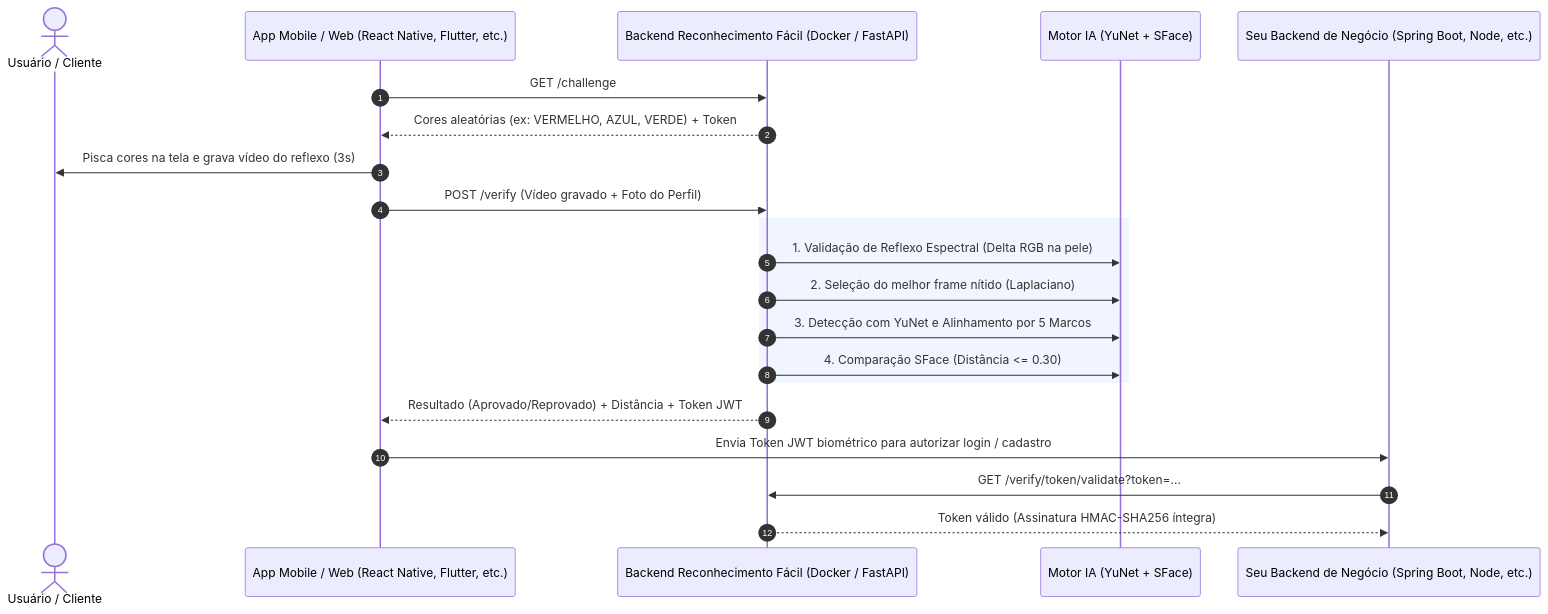
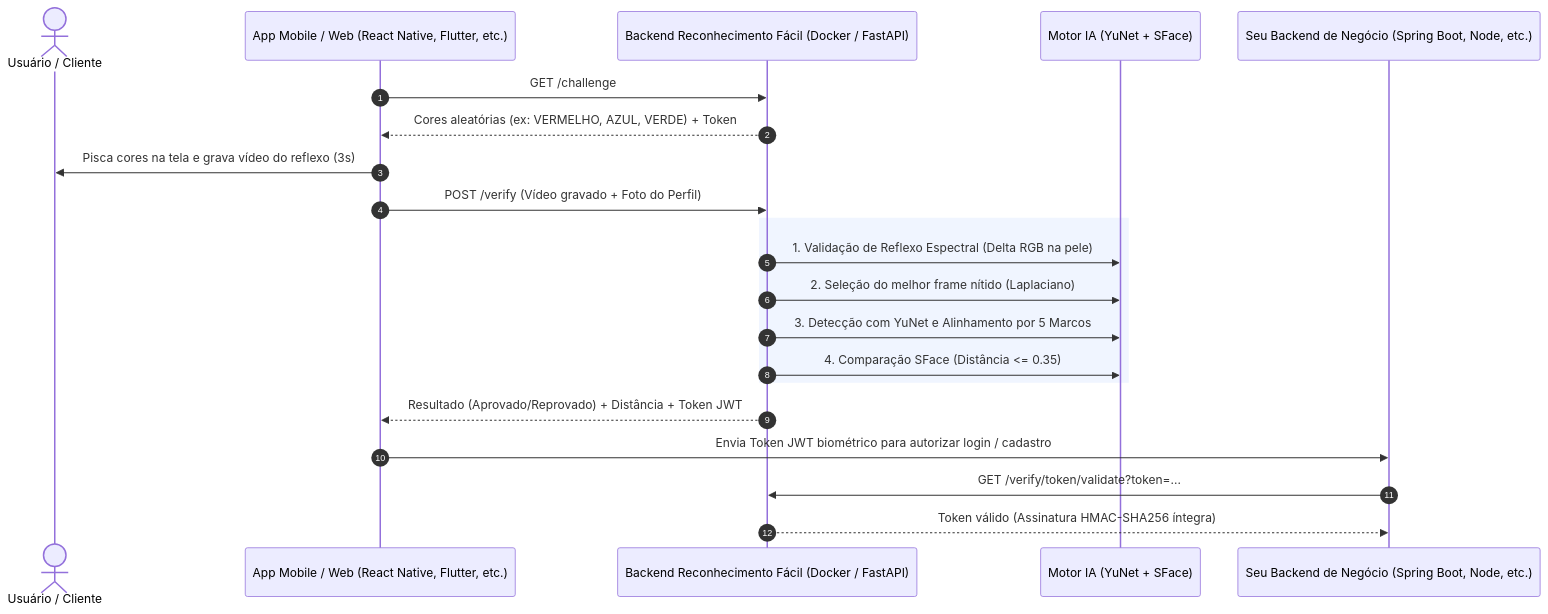
The diagram in README.md (Abraao-SPX/Reconhecimeto_Facil), drawn with Mermaid before and after one commit. The commit also changed other lines of this file and 1 other file, not shown here.

````diff
--- a/README.md
+++ b/README.md
@@ -41,26 +41,26 @@
 ```mermaid
 sequenceDiagram
     autonumber
     actor U as Usuário / Cliente
     participant App as App Mobile / Web (React Native, Flutter, etc.)
     participant API as Backend Reconhecimento Fácil (Docker / FastAPI)
     participant Core as Motor IA (YuNet + SFace)
     participant Back as Seu Backend de Negócio (Spring Boot, Node, etc.)
 
     App->>API: GET /challenge
     API-->>App: Cores aleatórias (ex: VERMELHO, AZUL, VERDE) + Token
     App->>U: Pisca cores na tela e grava vídeo do reflexo (3s)
     App->>API: POST /verify (Vídeo gravado + Foto do Perfil)
     
     rect rgb(240, 245, 255)
         API->>Core: 1. Validação de Reflexo Espectral (Delta RGB na pele)
         API->>Core: 2. Seleção do melhor frame nítido (Laplaciano)
         API->>Core: 3. Detecção com YuNet e Alinhamento por 5 Marcos
-        API->>Core: 4. Comparação SFace (Distância <= 0.30)
+        API->>Core: 4. Comparação SFace (Distância <= 0.35)
     end
 
     API-->>App: Resultado (Aprovado/Reprovado) + Distância + Token JWT
     App->>Back: Envia Token JWT biométrico para autorizar login / cadastro
     Back->>API: GET /verify/token/validate?token=...
     API-->>Back: Token válido (Assinatura HMAC-SHA256 íntegra)
 ```
````
